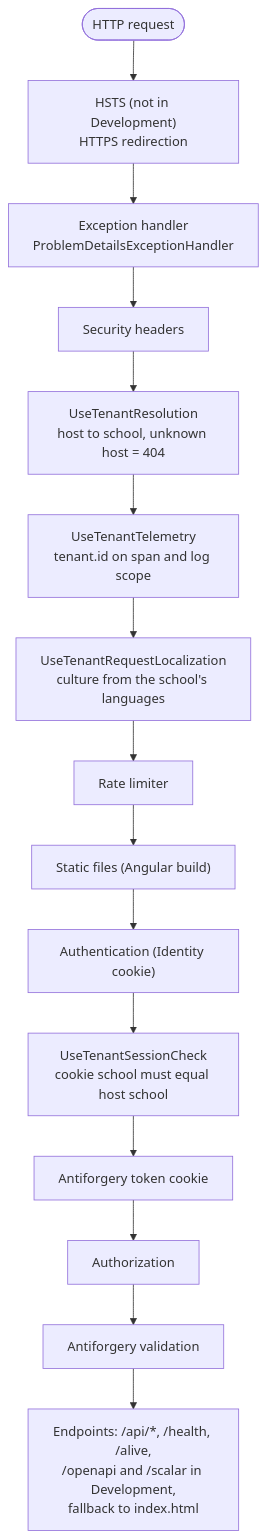
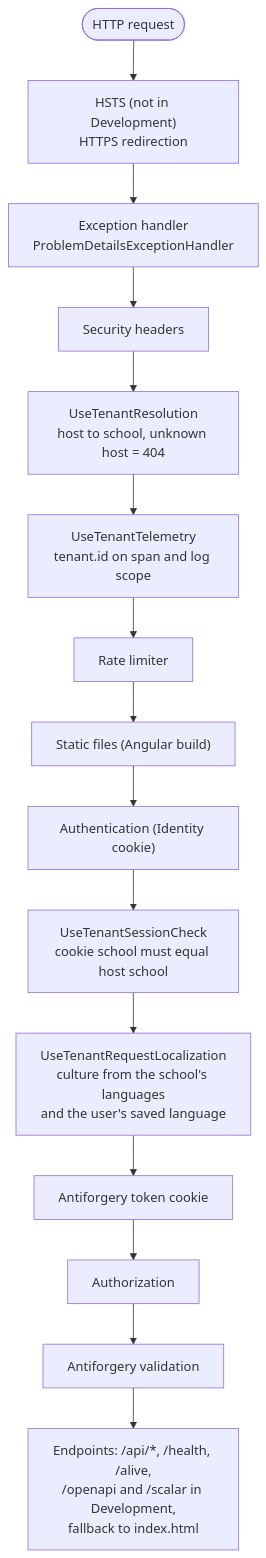
One commit to ahmedshahjr/Education-Portal changed the seventh of 19 diagrams in README.md. Above: the diagram before and after it, drawn with Mermaid. The commit also changed other lines of this file and 24 other files, not shown here.

First line of the commit message:
Save language per user and send the caller's time zone

````diff
--- a/README.md
+++ b/README.md
@@ -409,17 +409,17 @@
 ```mermaid
 flowchart TB
     req(["HTTP request"]) --> hsts["HSTS (not in Development)<br/>HTTPS redirection"]
     hsts --> exc["Exception handler<br/>ProblemDetailsExceptionHandler"]
     exc --> headers["Security headers"]
     headers --> tenant["UseTenantResolution<br/>host to school, unknown host = 404"]
     tenant --> tel["UseTenantTelemetry<br/>tenant.id on span and log scope"]
-    tel --> loc["UseTenantRequestLocalization<br/>culture from the school's languages"]
-    loc --> rate["Rate limiter"]
+    tel --> rate["Rate limiter"]
     rate --> files["Static files (Angular build)"]
     files --> authn["Authentication (Identity cookie)"]
     authn --> session["UseTenantSessionCheck<br/>cookie school must equal host school"]
-    session --> xsrf["Antiforgery token cookie"]
+    session --> loc["UseTenantRequestLocalization<br/>culture from the school's languages<br/>and the user's saved language"]
+    loc --> xsrf["Antiforgery token cookie"]
     xsrf --> authz["Authorization"]
     authz --> anti["Antiforgery validation"]
     anti --> ep["Endpoints: /api/*, /health, /alive,<br/>/openapi and /scalar in Development,<br/>fallback to index.html"]
 ```
````
